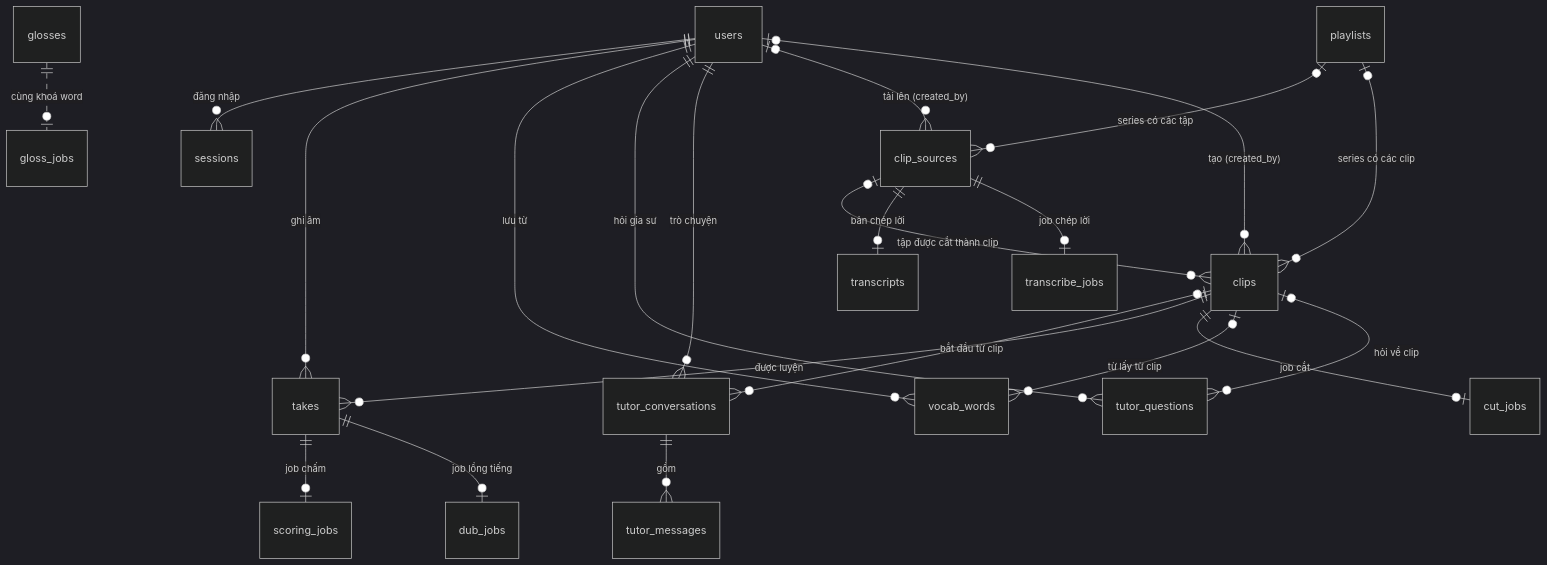
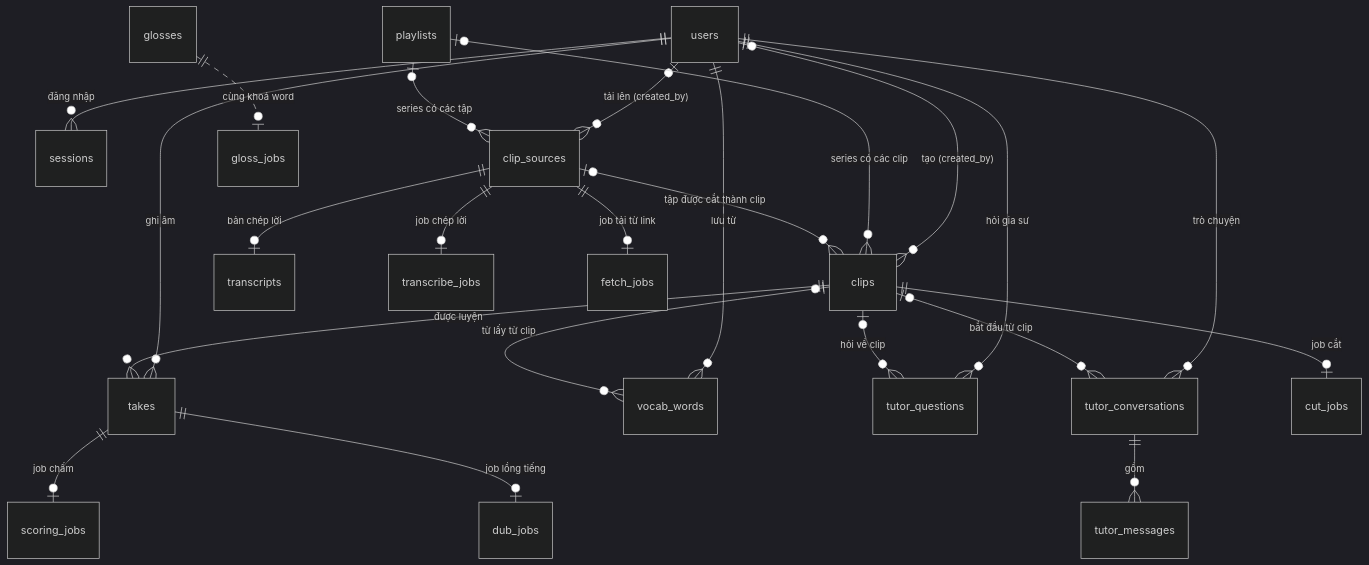
Before and after one commit to mjmpro01/shadowline-english: the second of 7 diagrams in docs/ARCHITECTURE.md, drawn with Mermaid (dark theme). The commit also changed other lines of this file and 42 other files, not shown here.

````diff
--- a/docs/ARCHITECTURE.md
+++ b/docs/ARCHITECTURE.md
@@ -276,28 +276,29 @@
 ```mermaid
 erDiagram
   users ||--o{ sessions : "đăng nhập"
   users ||--o{ takes : "ghi âm"
   users ||--o{ vocab_words : "lưu từ"
   users ||--o{ tutor_questions : "hỏi gia sư"
   users ||--o{ tutor_conversations : "trò chuyện"
   tutor_conversations ||--o{ tutor_messages : "gồm"
   clips |o--o{ tutor_conversations : "bắt đầu từ clip"
   users |o--o{ clip_sources : "tải lên (created_by)"
   users |o--o{ clips : "tạo (created_by)"
 
   playlists |o--o{ clip_sources : "series có các tập"
   playlists |o--o{ clips : "series có các clip"
   clip_sources |o--o{ clips : "tập được cắt thành clip"
   clip_sources ||--o| transcripts : "bản chép lời"
   clip_sources ||--o| transcribe_jobs : "job chép lời"
+  clip_sources ||--o| fetch_jobs : "job tải từ link"
 
   clips ||--o{ takes : "được luyện"
   clips ||--o| cut_jobs : "job cắt"
   clips |o--o{ vocab_words : "từ lấy từ clip"
   clips |o--o{ tutor_questions : "hỏi về clip"
 
   takes ||--o| scoring_jobs : "job chấm"
   takes ||--o| dub_jobs : "job lồng tiếng"
 
   glosses ||..o| gloss_jobs : "cùng khoá word"
 ```
````
